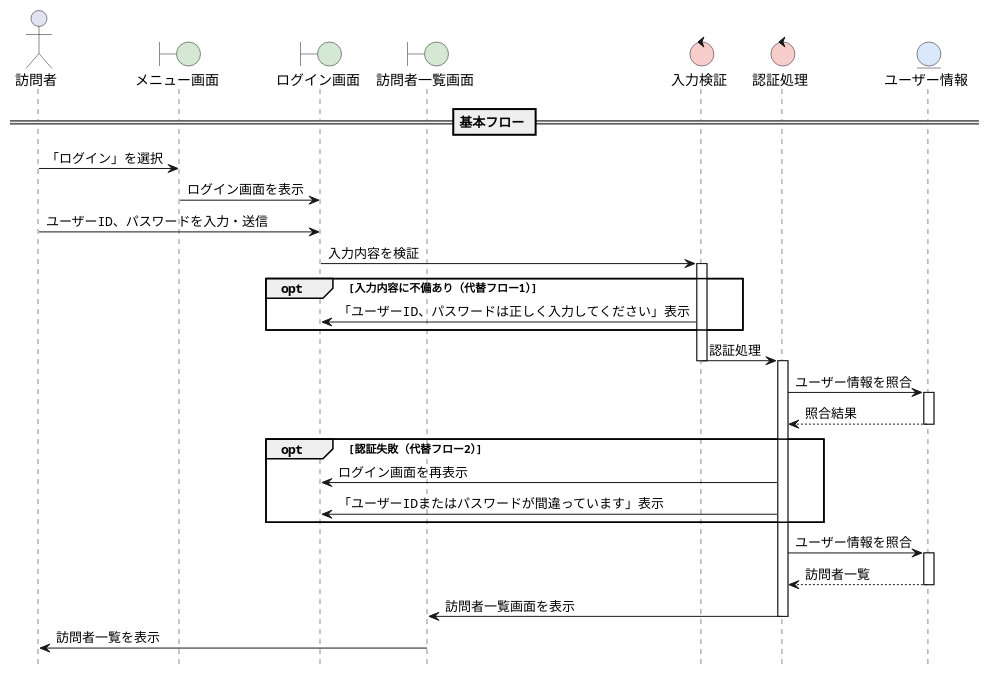
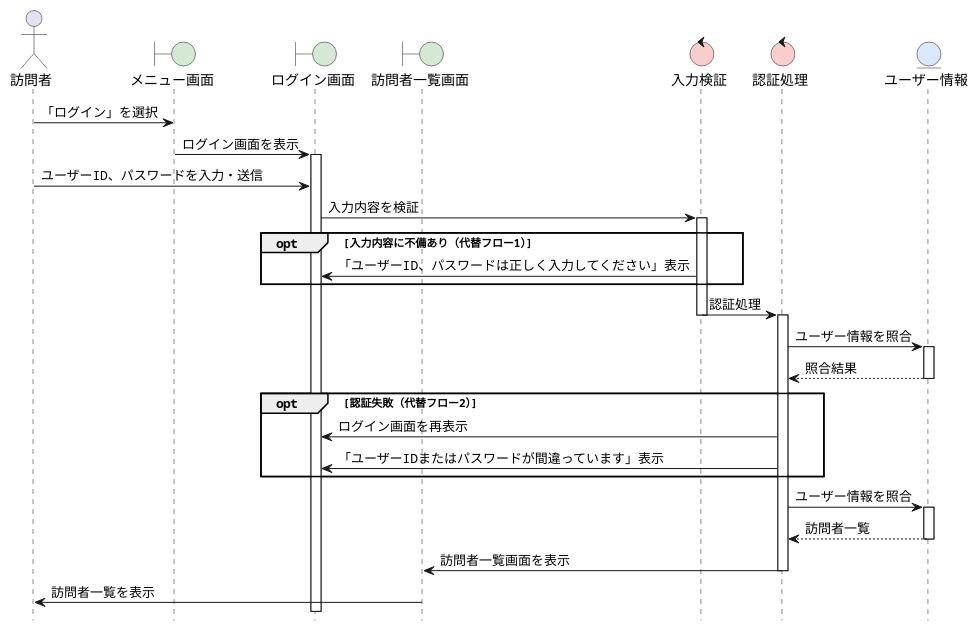
The diagram in group/07_web_visitor/sequence_02_login.pu (okazaki278/ohara_uml), drawn with PlantUML before and after one commit. The commit also changed 1 other file, not shown here.

```diff
--- a/group/07_web_visitor/sequence_02_login.pu
+++ b/group/07_web_visitor/sequence_02_login.pu
@@ -1,51 +1,51 @@
 @startuml Web訪問者システム-ログインシーケンス図
 hide footbox
 skinparam boundaryBackgroundColor #D5E8D4
 skinparam controlBackgroundColor  #F8CECC
 skinparam entityBackgroundColor   #DAE8FC
 
 actor 訪問者 as A
 boundary メニュー画面 as B1
 boundary ログイン画面 as B2
 boundary 訪問者一覧画面 as B3
 control 入力検証 as C1
 control 認証処理 as C2
 entity ユーザー情報 as E
 
-== 基本フロー ==
 A -> B1: 「ログイン」を選択
 B1 -> B2: ログイン画面を表示
+activate B2
 
 A -> B2: ユーザーID、パスワードを入力・送信
 B2 -> C1: 入力内容を検証
 activate C1
 
 opt 入力内容に不備あり（代替フロー1）
     C1 -> B2: 「ユーザーID、パスワードは正しく入力してください」表示
     
 end
 
 C1 -> C2: 認証処理
 deactivate C1
 activate C2
 
 C2 -> E: ユーザー情報を照合
 activate E
 E --> C2: 照合結果
 deactivate E
 
 opt 認証失敗（代替フロー2）
     C2 -> B2: ログイン画面を再表示
     C2 -> B2: 「ユーザーIDまたはパスワードが間違っています」表示
 end
 
 C2 -> E: ユーザー情報を照合
 activate E
 E --> C2: 訪問者一覧
 deactivate E
 
 C2 -> B3: 訪問者一覧画面を表示
 deactivate C2
 B3 -> A: 訪問者一覧を表示
 
 @enduml
```
